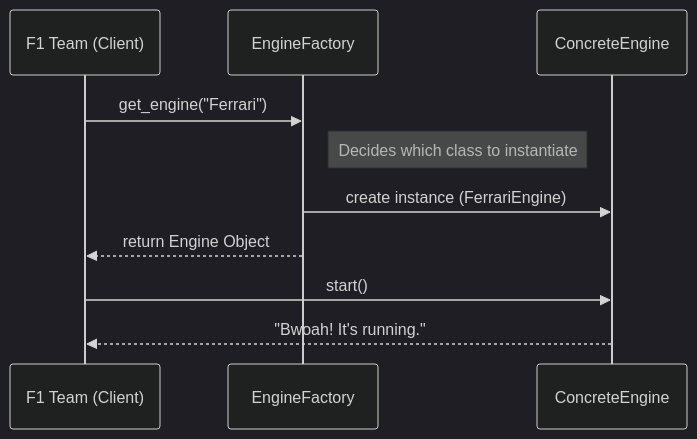
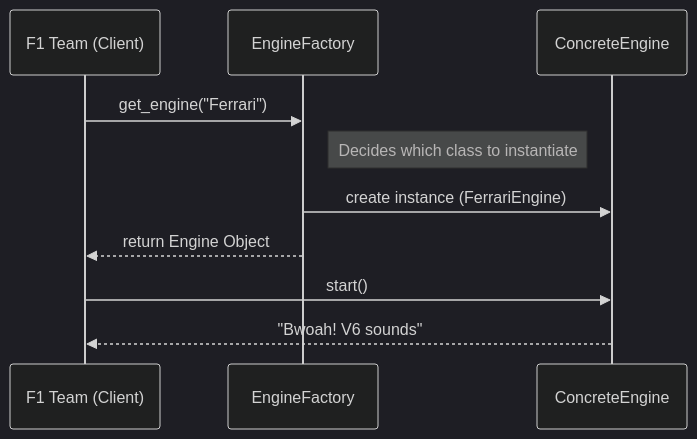
The second of 2 diagrams in 01-Design-Patterns/01-Creational/Factory/python/README.md (06luki06/F1-Engineering-Lab), drawn with Mermaid (dark theme) before and after one commit. The commit also changed 1 other file, not shown here.

Commit message:
Refactor engine factory method parameter for clarity and update README example output

````diff
--- a/01-Design-Patterns/01-Creational/Factory/python/README.md
+++ b/01-Design-Patterns/01-Creational/Factory/python/README.md
@@ -87,14 +87,14 @@
 ```mermaid
 sequenceDiagram
     participant Team as F1 Team (Client)
     participant Factory as EngineFactory
     participant E as ConcreteEngine
 
     Team->>Factory: get_engine("Ferrari")
     Note right of Factory: Decides which class to instantiate
     Factory->>E: create instance (FerrariEngine)
     Factory-->>Team: return Engine Object
 
     Team->>E: start()
-    E-->>Team: "Bwoah! It's running."
+    E-->>Team: "Bwoah! V6 sounds"
 ```
````
